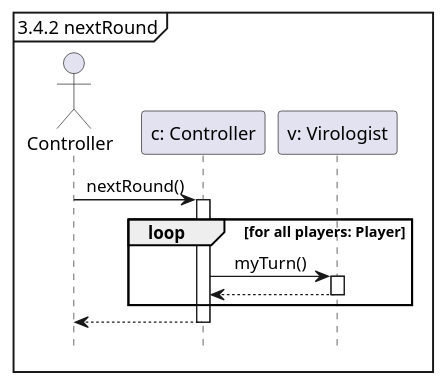
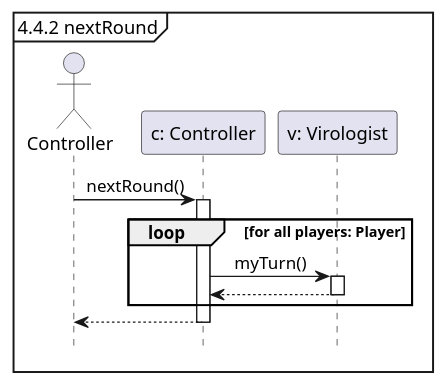
One commit to Tschonti/503-service-unavailable changed the diagram in docs/seqDiagrams/02nextRound.puml. Above: the diagram before and after it, drawn with PlantUML. The commit also changed 17 other files, not shown here.

```diff
--- a/docs/seqDiagrams/02nextRound.puml
+++ b/docs/seqDiagrams/02nextRound.puml
@@ -1,16 +1,16 @@
 @startuml
 hide footbox
 skinparam sequenceMessageAlign center
 
-mainframe 3.4.2 nextRound
+mainframe 4.4.2 nextRound
 
 actor Controller as cr
 participant "c: Controller" as c
 participant "v: Virologist" as v
 cr -> c ++ : nextRound()
     loop for all players: Player
         c -> v ++ :myTurn()
         return
     end
 return
 @enduml
```
